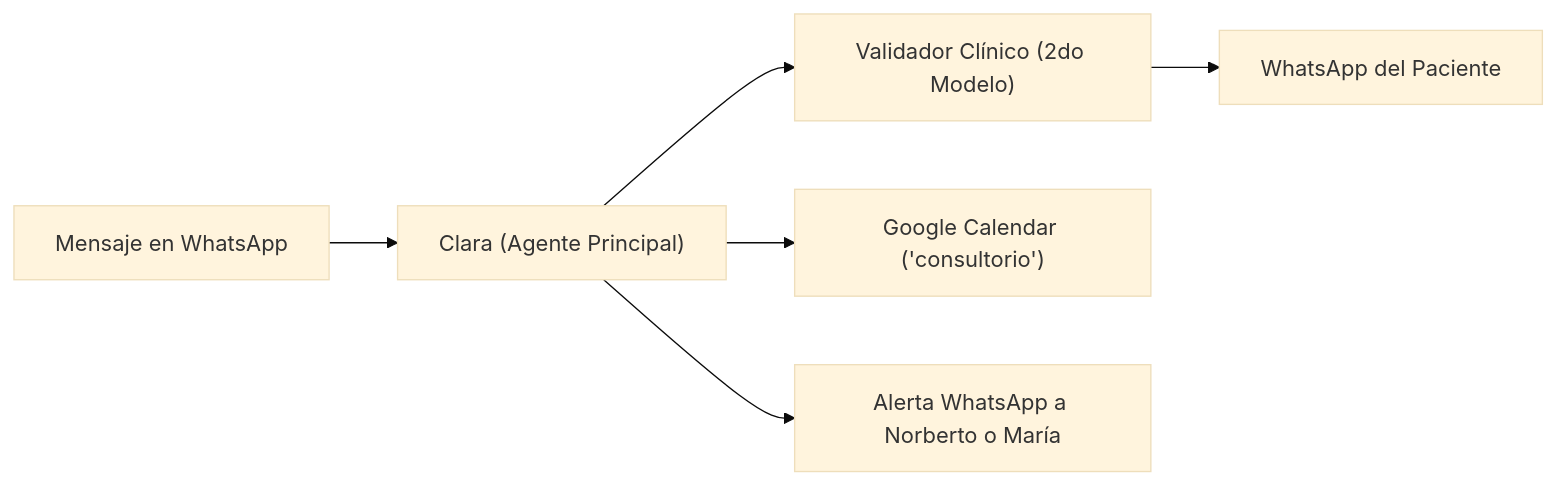
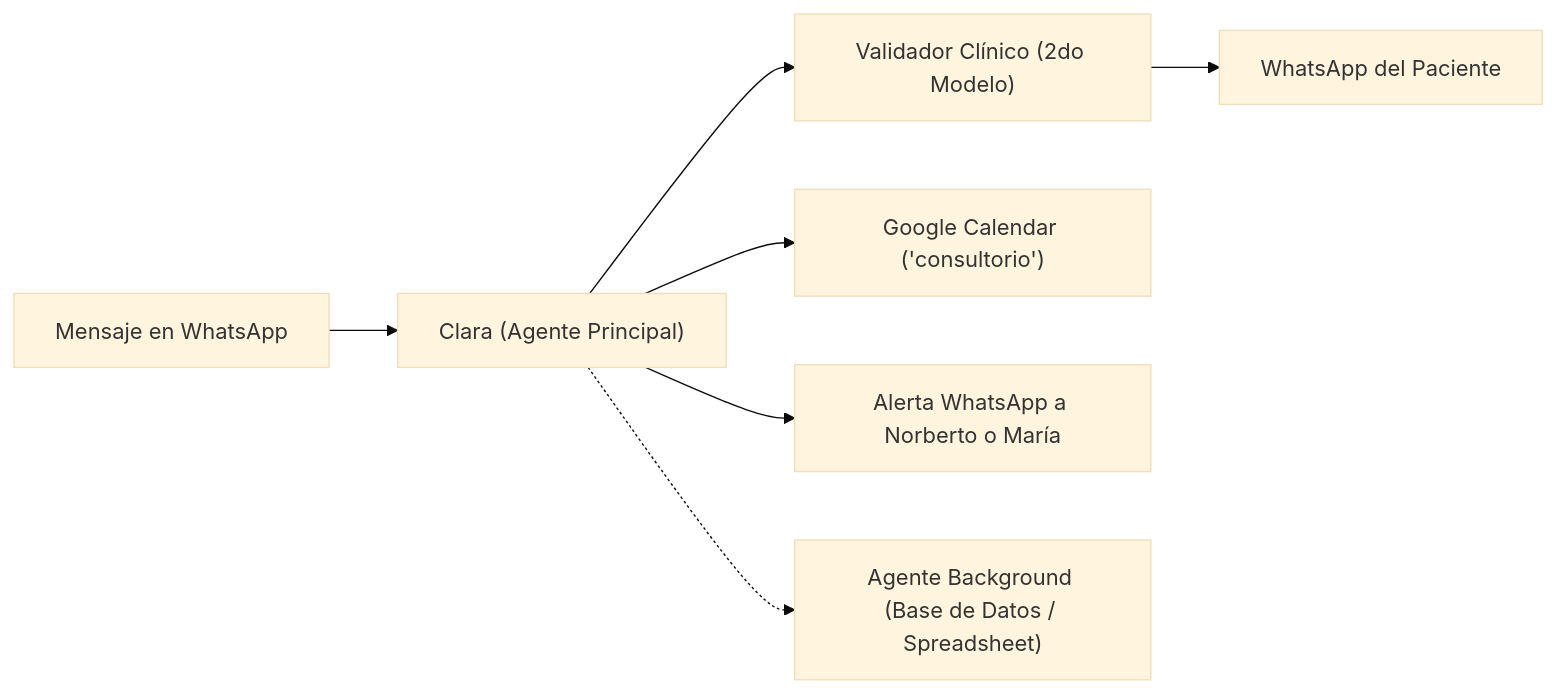
One commit to MartinBrude/kinesica changed the diagram in docs/guia-pruebas.md. Above: the diagram before and after it, drawn with Mermaid (base theme). The commit also changed other lines of this file and 3 other files, not shown here.

Commit message:
feat: agente background de base de datos de pacientes (spreadsheet) y flexibilidad de agendamiento sin DNI

````diff
--- a/docs/guia-pruebas.md
+++ b/docs/guia-pruebas.md
@@ -105,8 +107,9 @@
 ```mermaid
 flowchart LR
     A["Mensaje en WhatsApp"] --> B["Clara (Agente Principal)"]
     B --> C["Validador Clínico (2do Modelo)"]
     C --> D["WhatsApp del Paciente"]
     B --> E["Google Calendar ('consultorio')"]
     B --> F["Alerta WhatsApp a Norberto o María"]
+    B -.-> G["Agente Background (Base de Datos / Spreadsheet)"]
 ```
````
